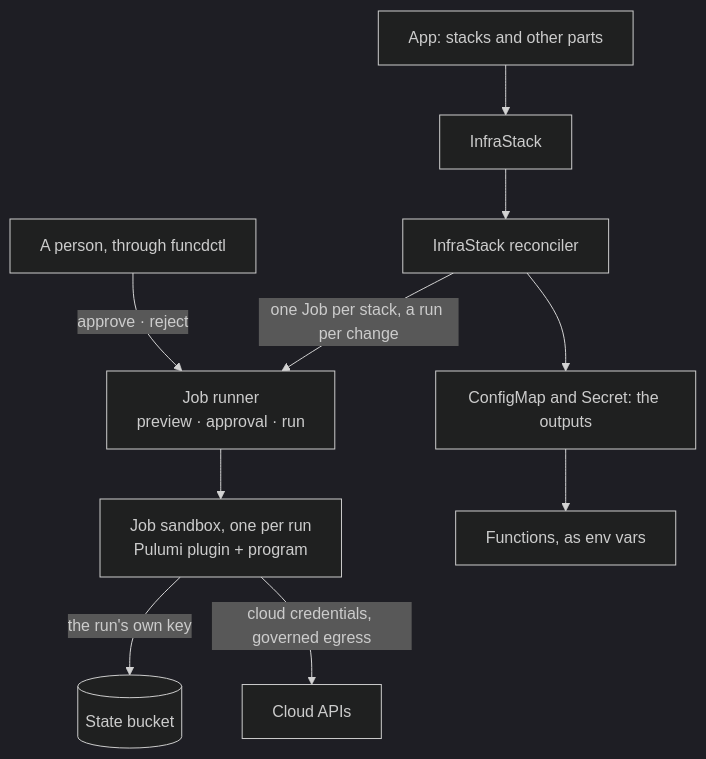
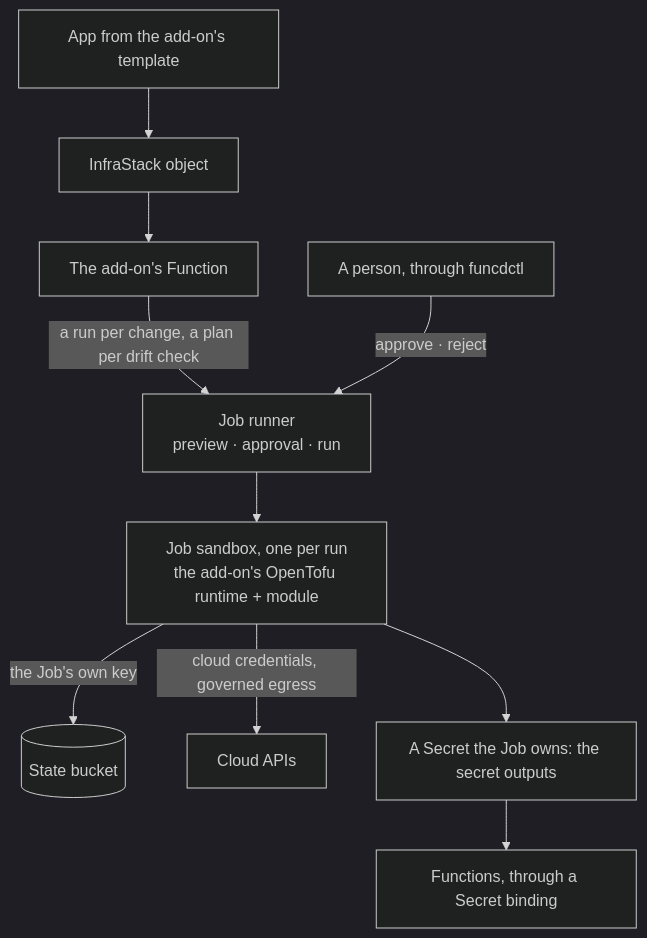
The second of 2 diagrams in docs/feat/0012-feat-infrastack.md (pyvvo/funcd), drawn with Mermaid (dark theme) before and after one commit. The commit also changed other lines of this file and 17 other files, not shown here.

First line of the commit message:
docs: InfraStack becomes an add-on that ships its OpenTofu runtime, with ADR-0344 and ADR-0345 (#1526)

````diff
--- a/docs/feat/0012-feat-infrastack.md
+++ b/docs/feat/0012-feat-infrastack.md
@@ -104,12 +112,12 @@
 ```mermaid
 flowchart TB
-    APP["App: stacks and other parts"] --> STACK["InfraStack"]
-    STACK --> REC["InfraStack reconciler"]
-    REC -->|"one Job per stack, a run per change"| RUNNER["Job runner<br/>preview · approval · run"]
+    APP["App from the add-on's template"] --> STACK["InfraStack object"]
+    STACK --> FN["The add-on's Function"]
+    FN -->|"a run per change, a plan per drift check"| RUNNER["Job runner<br/>preview · approval · run"]
     PERSON["A person, through funcdctl"] -->|"approve · reject"| RUNNER
-    RUNNER --> SBX["Job sandbox, one per run<br/>Pulumi plugin + program"]
-    SBX -->|"the run's own key"| STATE[("State bucket")]
+    RUNNER --> SBX["Job sandbox, one per run<br/>the add-on's OpenTofu runtime + module"]
+    SBX -->|"the Job's own key"| STATE[("State bucket")]
     SBX -->|"cloud credentials, governed egress"| CLOUD["Cloud APIs"]
-    REC --> OUT["ConfigMap and Secret: the outputs"]
-    OUT --> FN["Functions, as env vars"]
+    SBX --> OUT["A Secret the Job owns: the secret outputs"]
+    OUT --> FNS["Functions, through a Secret binding"]
 ```
````
